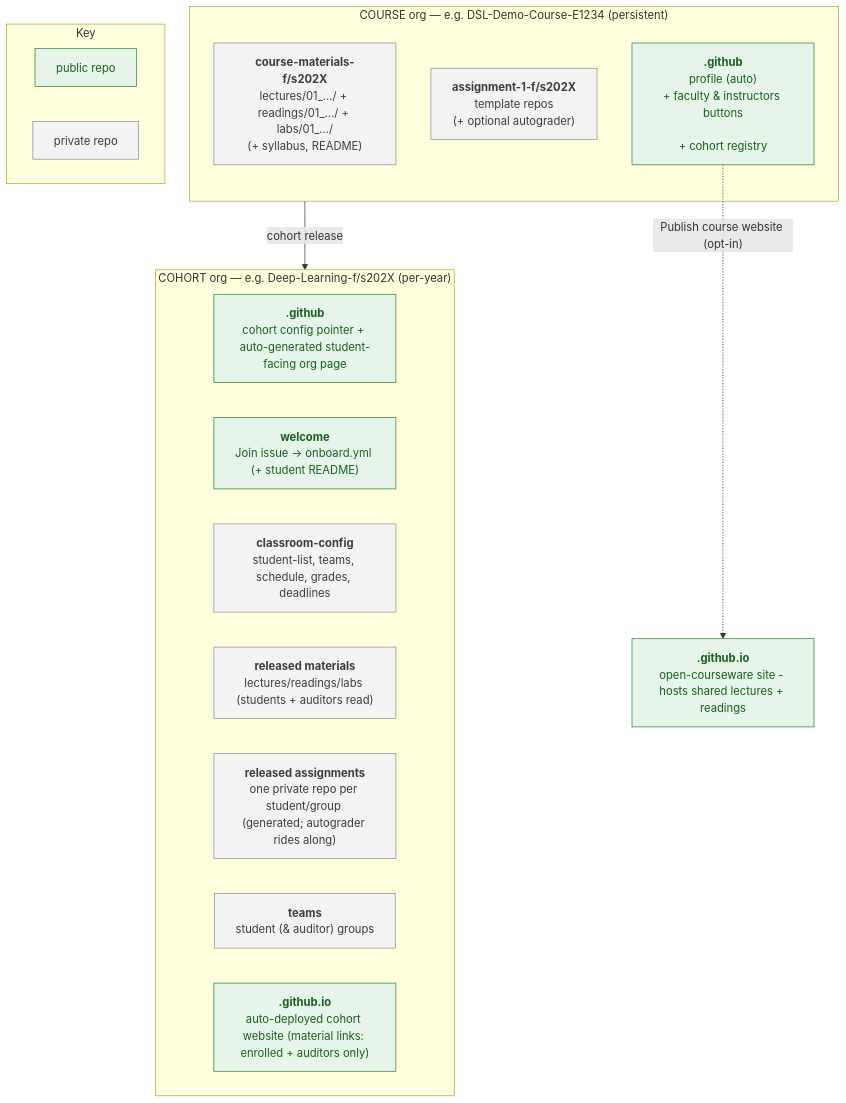
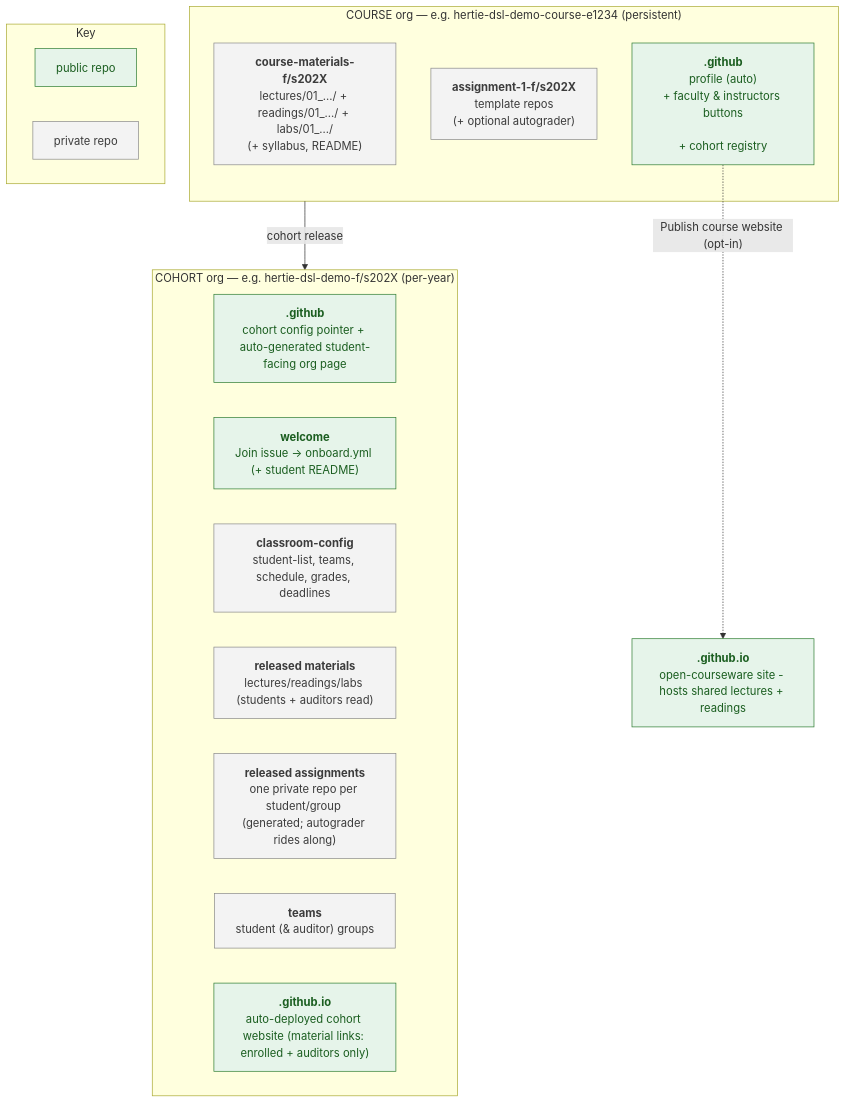
The diagram in README.md (hertie-data-science-lab/dsl-teaching-course-setup), drawn with Mermaid before and after one commit. The commit also changed other lines of this file and 27 other files, not shown here.

First line of the commit message:
docs: adopt the hertie- org naming convention (#149)

````diff
--- a/README.md
+++ b/README.md
@@ -39,63 +39,63 @@
 ```mermaid
 flowchart TB
-  subgraph COURSE["COURSE org — e.g. DSL-Demo-Course-E1234 (persistent)"]
+  subgraph COURSE["COURSE org — e.g. hertie-dsl-demo-course-e1234 (persistent)"]
     mat["`**course-materials-f/s202X**
 
 lectures/01_.../ + readings/01_.../ + labs/01_.../
 
 (+ syllabus, README)`"]
     tmpl["`**assignment-1-f/s202X**
 
 template repos
 
 (+ optional autograder)`"]
     gh["`**.github**
 
 profile (auto)
 
 + faculty & instructors buttons
 
 + cohort registry`"]
   end
 
-  subgraph COHORT["COHORT org — e.g. Deep-Learning-f/s202X (per-year)"]
+  subgraph COHORT["COHORT org — e.g. hertie-dsl-demo-f/s202X (per-year)"]
     cgh["`**.github**
 
 cohort config pointer + auto-generated student-facing org page`"]
     welcome["`**welcome**
 
 Join issue → onboard.yml (+ student README)`"]
     cfg["`**classroom-config**
 
 student-list, teams, schedule, grades, deadlines`"]
     cmat["`**released materials**
 
 lectures/readings/labs (students + auditors read)`"]
     repos["`**released assignments**
 
 one private repo per student/group (generated; autograder rides along)`"]
     team["`**teams**
 
 student (& auditor) groups`"]
     site["`**<cohort>.github.io**
 
 auto-deployed cohort website (material links: enrolled + auditors only)`"]
   end
 
   pub["`**<course-org>.github.io**
 
 open-courseware site - hosts shared lectures + readings`"]
 
   COURSE -->|"cohort release"| COHORT
   gh -.->|"Publish course website (opt-in)"| pub
 
   subgraph KEY["Key"]
     keypub["public repo"]
     keypriv["private repo"]
   end
 
   classDef public fill:#e6f4ea,stroke:#2e7d32,color:#1b5e20;
   classDef private fill:#f3f3f3,stroke:#8a8a8a,color:#3c3c3c;
   class gh,cgh,welcome,site,pub,keypub public;
   class mat,tmpl,cfg,cmat,repos,team,keypriv private;
 ```
````
